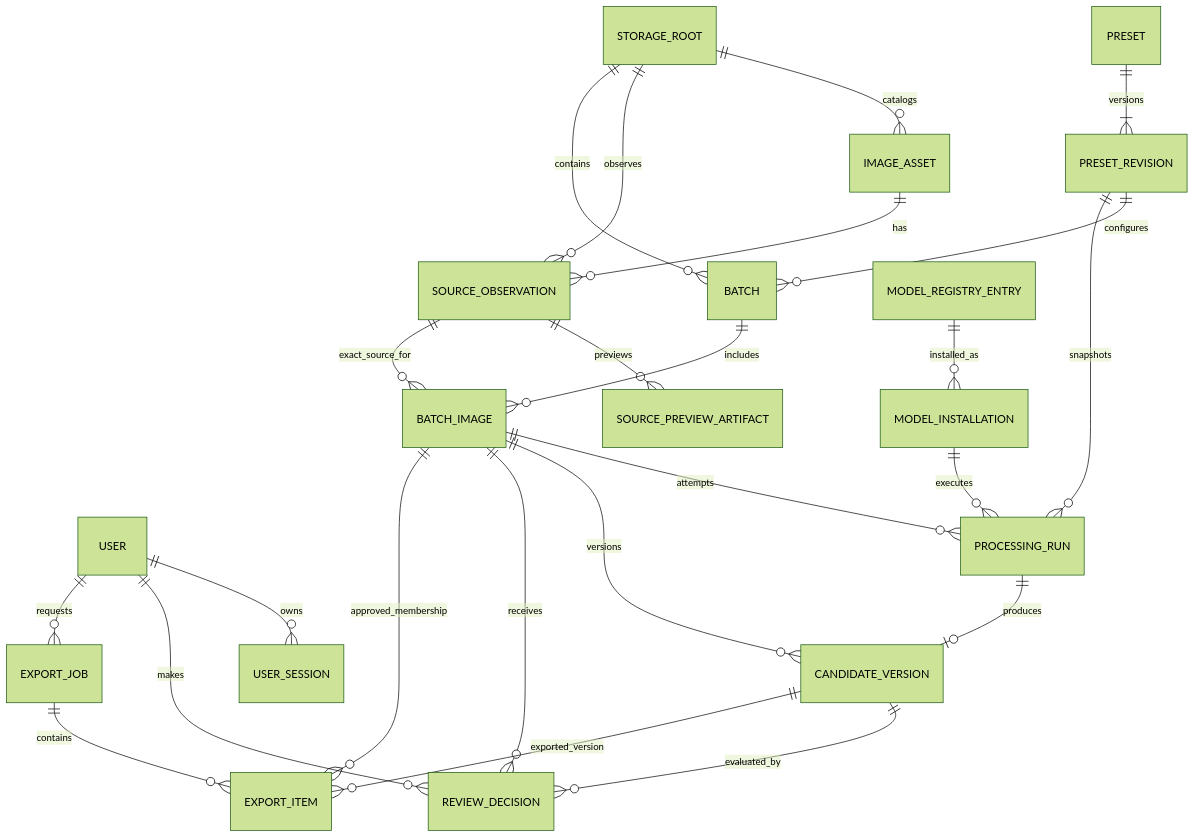
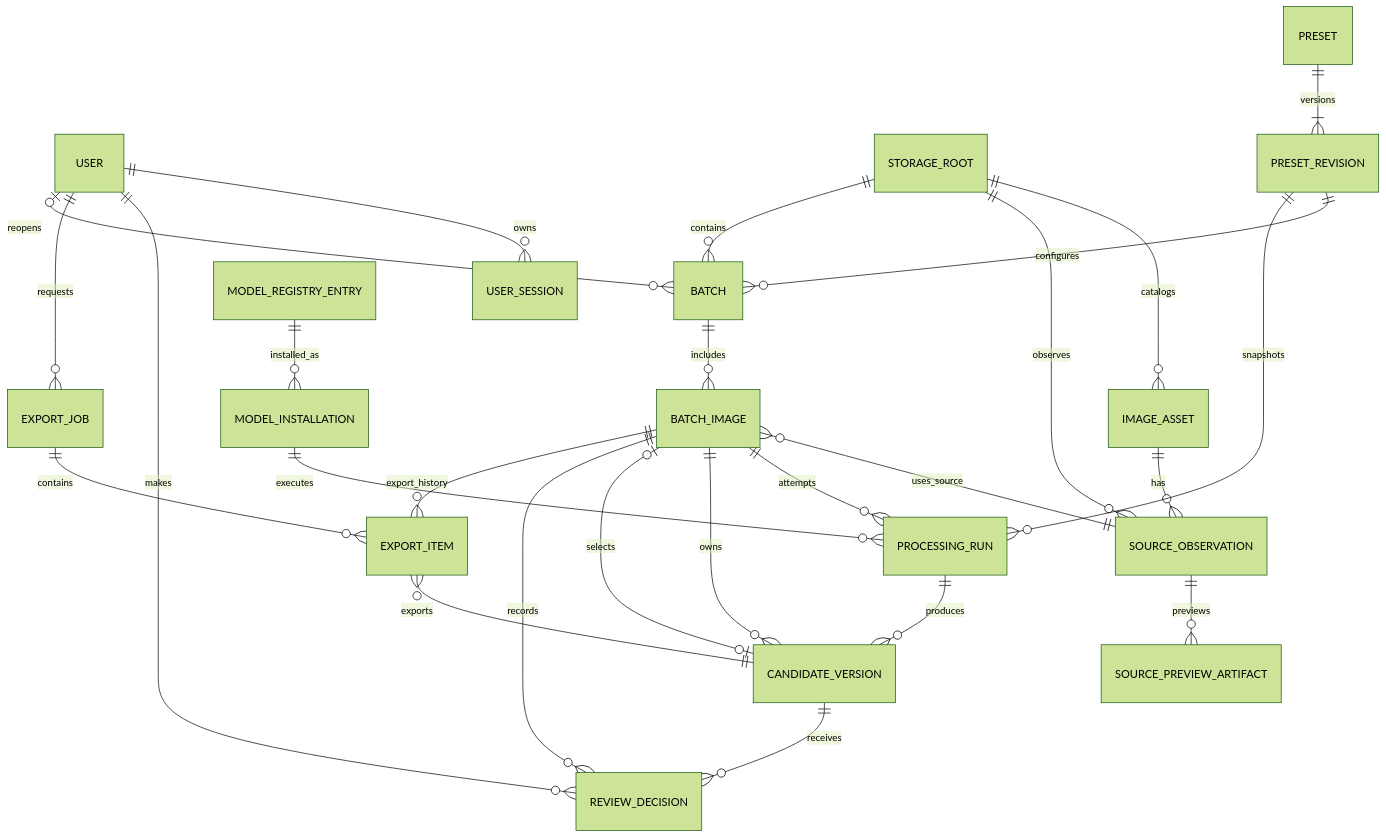
The diagram in docs/diagrams/entity-relationship.md (mohammadhasan-tayef/ghateh-iran-image-processor), drawn with Mermaid (forest theme) before and after one commit. The commit also changed other lines of this file and 15 other files, not shown here.

````diff
--- a/docs/diagrams/entity-relationship.md
+++ b/docs/diagrams/entity-relationship.md
@@ -5,26 +5,28 @@
 ```mermaid
 erDiagram
     USER ||--o{ USER_SESSION : owns
     USER ||--o{ REVIEW_DECISION : makes
     USER ||--o{ EXPORT_JOB : requests
+    USER |o--o{ BATCH : reopens
     STORAGE_ROOT ||--o{ IMAGE_ASSET : catalogs
     STORAGE_ROOT ||--o{ SOURCE_OBSERVATION : observes
     STORAGE_ROOT ||--o{ BATCH : contains
     IMAGE_ASSET ||--o{ SOURCE_OBSERVATION : has
     SOURCE_OBSERVATION ||--o{ SOURCE_PREVIEW_ARTIFACT : previews
     PRESET ||--|{ PRESET_REVISION : versions
     PRESET_REVISION ||--o{ BATCH : configures
     BATCH ||--o{ BATCH_IMAGE : includes
-    SOURCE_OBSERVATION ||--o{ BATCH_IMAGE : exact_source_for
+    BATCH_IMAGE }o--|| SOURCE_OBSERVATION : uses_source
     BATCH_IMAGE ||--o{ PROCESSING_RUN : attempts
-    PROCESSING_RUN ||--o| CANDIDATE_VERSION : produces
+    PROCESSING_RUN ||--o{ CANDIDATE_VERSION : produces
     PRESET_REVISION ||--o{ PROCESSING_RUN : snapshots
     MODEL_REGISTRY_ENTRY ||--o{ MODEL_INSTALLATION : installed_as
     MODEL_INSTALLATION ||--o{ PROCESSING_RUN : executes
-    BATCH_IMAGE ||--o{ CANDIDATE_VERSION : versions
-    BATCH_IMAGE ||--o{ REVIEW_DECISION : receives
-    CANDIDATE_VERSION ||--o{ REVIEW_DECISION : evaluated_by
+    BATCH_IMAGE ||--o{ CANDIDATE_VERSION : owns
+    BATCH_IMAGE |o--o| CANDIDATE_VERSION : selects
+    BATCH_IMAGE ||--o{ REVIEW_DECISION : records
+    CANDIDATE_VERSION ||--o{ REVIEW_DECISION : receives
     EXPORT_JOB ||--o{ EXPORT_ITEM : contains
-    BATCH_IMAGE ||--o{ EXPORT_ITEM : approved_membership
-    CANDIDATE_VERSION ||--o{ EXPORT_ITEM : exported_version
+    BATCH_IMAGE ||--o{ EXPORT_ITEM : export_history
+    EXPORT_ITEM }o--|| CANDIDATE_VERSION : exports
 ```
````
